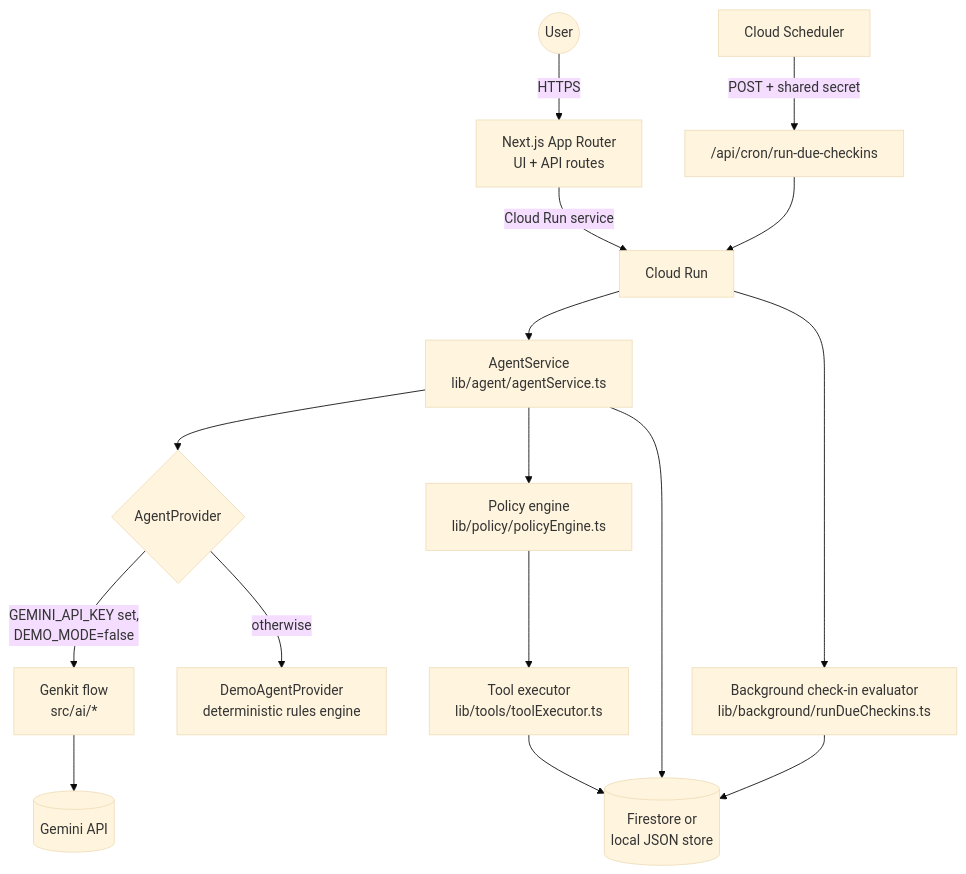
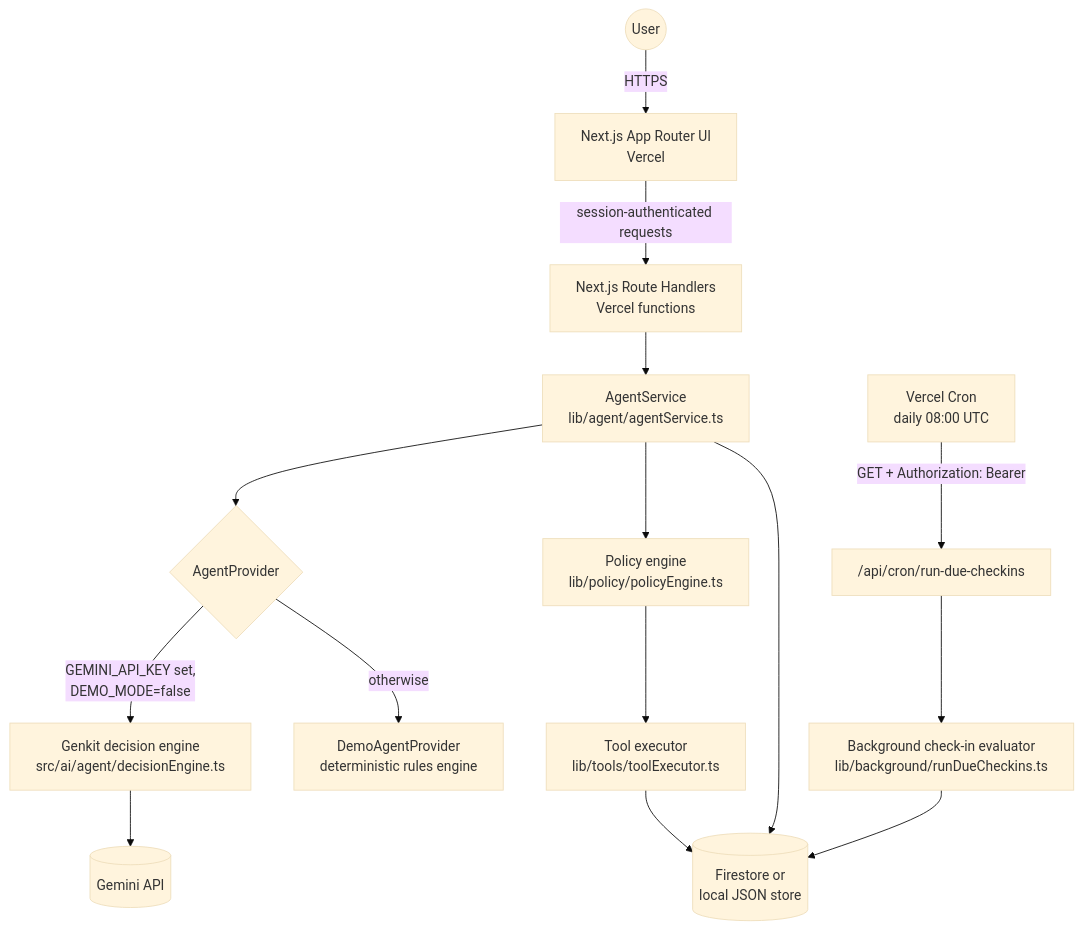
Before and after one commit to himanishpuri/continuum: the first of 6 diagrams in docs/architecture.md, drawn with Mermaid (base theme). The commit also changed other lines of this file and 21 other files, not shown here.

First line of the commit message:
chore: drop Cloud Run path and dead code, refresh docs

````diff
--- a/docs/architecture.md
+++ b/docs/architecture.md
@@ -10,18 +10,17 @@
 ```mermaid
 flowchart TD
-    User((User)) -->|HTTPS| Next[Next.js App Router<br/>UI + API routes]
-    Next -->|Cloud Run service| CloudRun[Cloud Run]
-    CloudRun --> AgentService[AgentService<br/>lib/agent/agentService.ts]
+    User((User)) -->|HTTPS| UI[Next.js App Router UI<br/>Vercel]
+    UI -->|session-authenticated requests| API[Next.js Route Handlers<br/>Vercel functions]
+    API --> AgentService[AgentService<br/>lib/agent/agentService.ts]
     AgentService --> Provider{AgentProvider}
-    Provider -->|GEMINI_API_KEY set,<br/>DEMO_MODE=false| Genkit[Genkit flow<br/>src/ai/*]
+    Provider -->|GEMINI_API_KEY set,<br/>DEMO_MODE=false| Genkit[Genkit decision engine<br/>src/ai/agent/decisionEngine.ts]
     Genkit --> Gemini[(Gemini API)]
     Provider -->|otherwise| Demo[DemoAgentProvider<br/>deterministic rules engine]
     AgentService --> Policy[Policy engine<br/>lib/policy/policyEngine.ts]
     Policy --> Executor[Tool executor<br/>lib/tools/toolExecutor.ts]
     Executor --> Data[(Firestore or<br/>local JSON store)]
     AgentService --> Data
-    Scheduler[Cloud Scheduler] -->|POST + shared secret| CronRoute["/api/cron/run-due-checkins"]
-    CronRoute --> CloudRun
-    CloudRun --> Background[Background check-in evaluator<br/>lib/background/runDueCheckins.ts]
+    Cron[Vercel Cron<br/>daily 08:00 UTC] -->|GET + Authorization: Bearer| CronRoute["/api/cron/run-due-checkins"]
+    CronRoute --> Background[Background check-in evaluator<br/>lib/background/runDueCheckins.ts]
     Background --> Data
 ```
````
